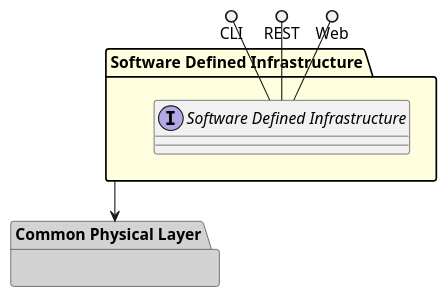
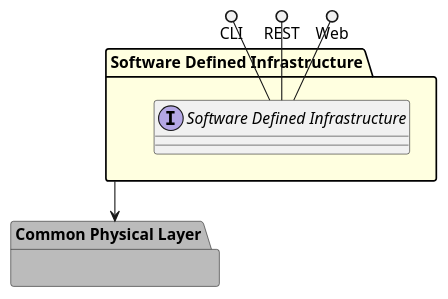
Before and after one commit to madajaju/sabr: the diagram in docs/sabr/sdi/logical.puml, drawn with PlantUML. The commit also changed 440 other files, not shown here.

```diff
--- a/docs/sabr/sdi/logical.puml
+++ b/docs/sabr/sdi/logical.puml
@@ -1,27 +1,27 @@
 @startuml
 
 
-package "Common Physical Layer" #lightgray {
+package "Common Physical Layer" #bbbbbb {
     }
 
 
 package "Software Defined Infrastructure" #lightyellow {
 
     interface "Software Defined Infrastructure" as i {
     
     }
 }
 
 CLI ()-- i
 REST ()-- i
 Web ()-- i
 
 package "Software Defined Infrastructure" #lightyellow {
     
 }
 
 
     "Software Defined Infrastructure" --> "Common Physical Layer"
 
 
 @enduml
```
